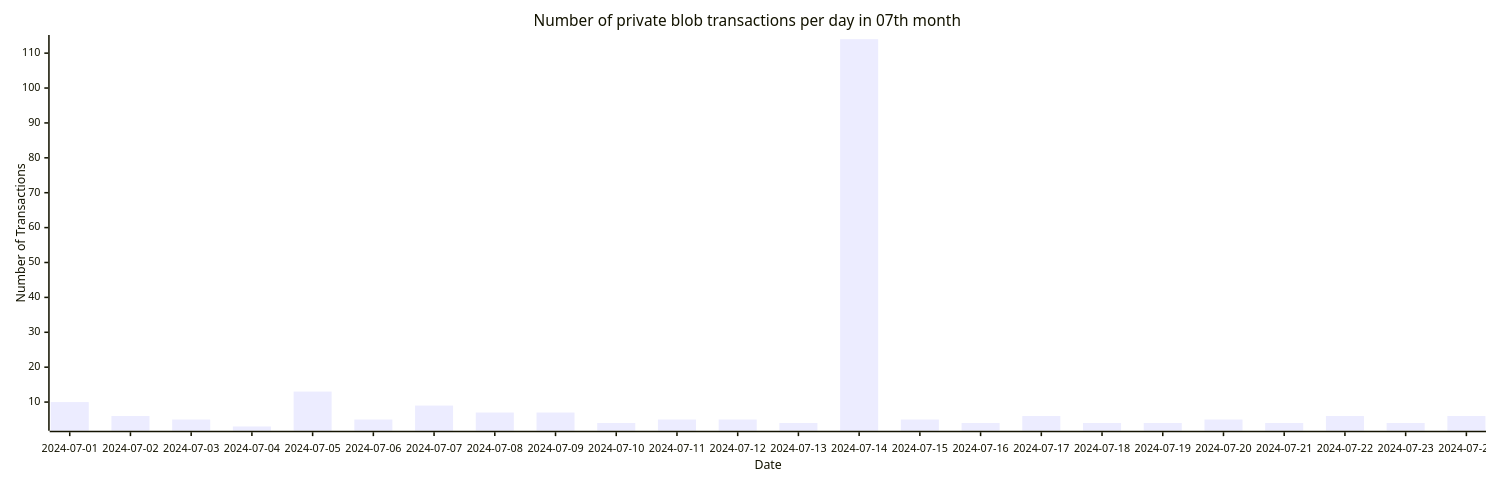
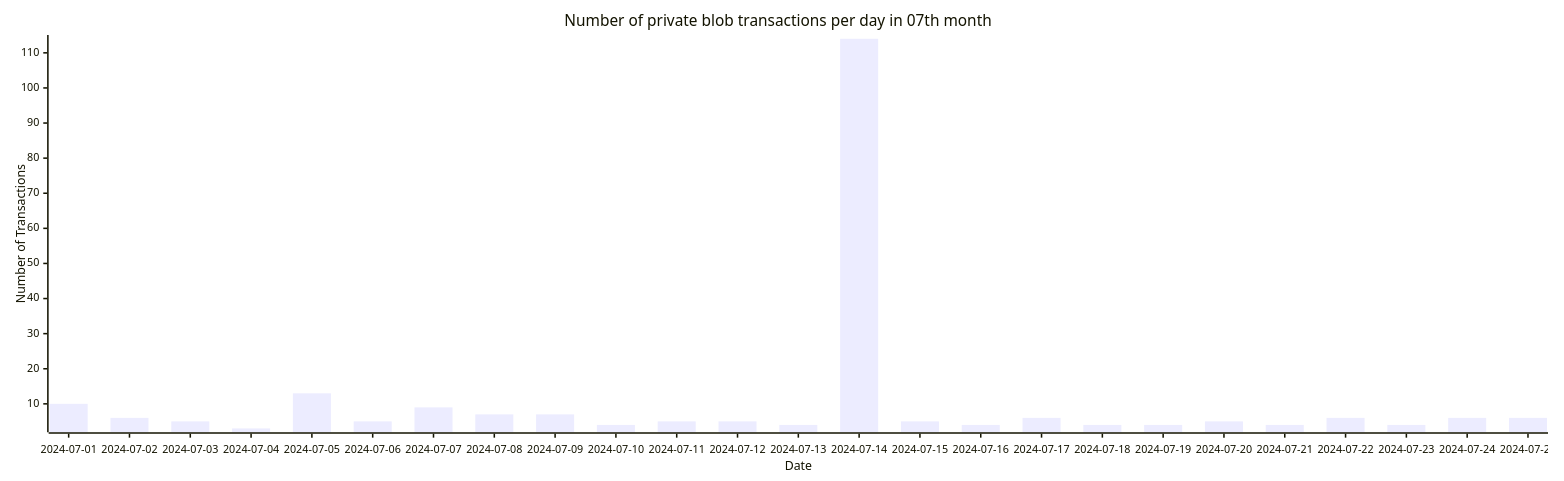
Before and after one commit to Amit0617/eip4844-data: the fifth of 5 diagrams in README.md, drawn with Mermaid. The commit also changed 1 other file, not shown here.

````diff
--- a/README.md
+++ b/README.md
@@ -53,12 +53,12 @@
 ```mermaid
 ---
 config:
     xyChart:
-        width: 1920
+        width: 2000
         height: 600
 ---
 xychart-beta title "Number of private blob transactions per day in 07th month"
-x-axis "Date" [2024-07-01,2024-07-02,2024-07-03,2024-07-04,2024-07-05,2024-07-06,2024-07-07,2024-07-08,2024-07-09,2024-07-10,2024-07-11,2024-07-12,2024-07-13,2024-07-14,2024-07-15,2024-07-16,2024-07-17,2024-07-18,2024-07-19,2024-07-20,2024-07-21,2024-07-22,2024-07-23,2024-07-24]
+x-axis "Date" [2024-07-01,2024-07-02,2024-07-03,2024-07-04,2024-07-05,2024-07-06,2024-07-07,2024-07-08,2024-07-09,2024-07-10,2024-07-11,2024-07-12,2024-07-13,2024-07-14,2024-07-15,2024-07-16,2024-07-17,2024-07-18,2024-07-19,2024-07-20,2024-07-21,2024-07-22,2024-07-23,2024-07-24,2024-07-25]
 y-axis "Number of Transactions"
-bar[10,6,5,3,13,5,9,7,7,4,5,5,4,114,5,4,6,4,4,5,4,6,4,6]
+bar[10,6,5,3,13,5,9,7,7,4,5,5,4,114,5,4,6,4,4,5,4,6,4,6,6]
 ```
````
